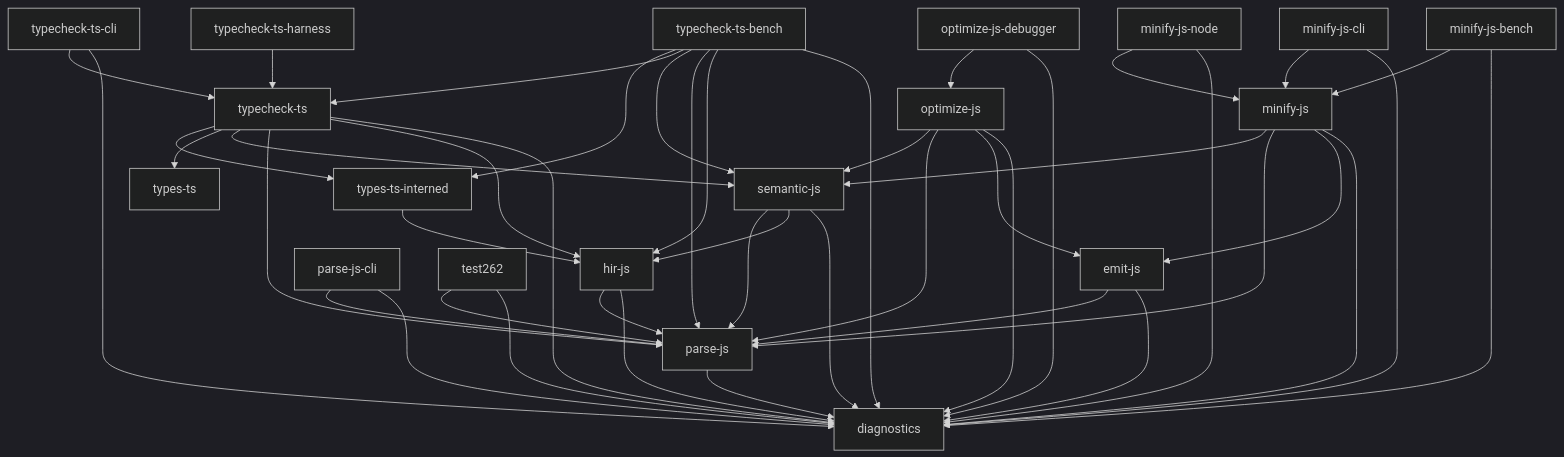
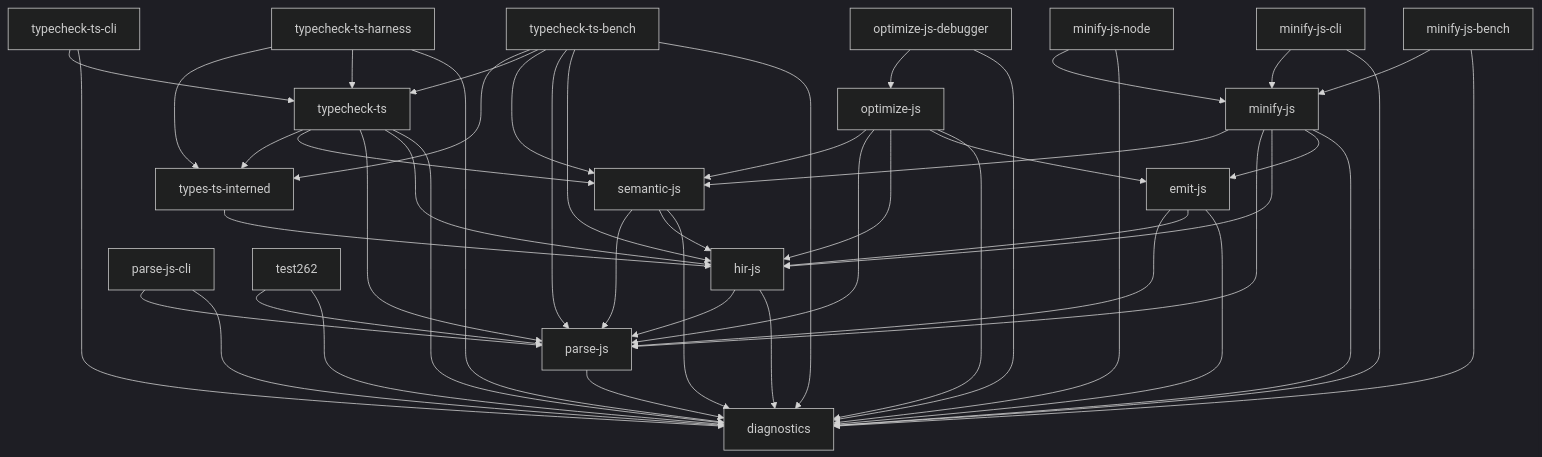
The diagram in docs/deps.md (wilsonzlin/ecma-rs), drawn with Mermaid (dark theme) before and after one commit. The commit also changed 26 other files, not shown here.

First line of the commit message:
ci: enforce fmt/clippy/check and deps graph freshness

````diff
--- a/docs/deps.md
+++ b/docs/deps.md
@@ -7,66 +7,69 @@
 ```mermaid
 graph TD
     diagnostics["diagnostics"]
     emit_js["emit-js"]
     hir_js["hir-js"]
     minify_js["minify-js"]
     minify_js_bench["minify-js-bench"]
     minify_js_cli["minify-js-cli"]
     minify_js_node["minify-js-node"]
     optimize_js["optimize-js"]
     optimize_js_debugger["optimize-js-debugger"]
     parse_js["parse-js"]
     parse_js_cli["parse-js-cli"]
     semantic_js["semantic-js"]
     test262["test262"]
     typecheck_ts["typecheck-ts"]
     typecheck_ts_bench["typecheck-ts-bench"]
     typecheck_ts_cli["typecheck-ts-cli"]
     typecheck_ts_harness["typecheck-ts-harness"]
-    types_ts["types-ts"]
     types_ts_interned["types-ts-interned"]
     emit_js --> diagnostics
+    emit_js --> hir_js
     emit_js --> parse_js
     hir_js --> diagnostics
     hir_js --> parse_js
     minify_js --> diagnostics
     minify_js --> emit_js
+    minify_js --> hir_js
     minify_js --> parse_js
     minify_js --> semantic_js
     minify_js_bench --> diagnostics
     minify_js_bench --> minify_js
     minify_js_cli --> diagnostics
     minify_js_cli --> minify_js
     minify_js_node --> diagnostics
     minify_js_node --> minify_js
     optimize_js --> diagnostics
     optimize_js --> emit_js
+    optimize_js --> hir_js
     optimize_js --> parse_js
     optimize_js --> semantic_js
     optimize_js_debugger --> diagnostics
     optimize_js_debugger --> optimize_js
     parse_js --> diagnostics
     parse_js_cli --> diagnostics
     parse_js_cli --> parse_js
     semantic_js --> diagnostics
     semantic_js --> hir_js
     semantic_js --> parse_js
     test262 --> diagnostics
     test262 --> parse_js
     typecheck_ts --> diagnostics
     typecheck_ts --> hir_js
     typecheck_ts --> parse_js
     typecheck_ts --> semantic_js
-    typecheck_ts --> types_ts
     typecheck_ts --> types_ts_interned
     typecheck_ts_bench --> diagnostics
     typecheck_ts_bench --> hir_js
     typecheck_ts_bench --> parse_js
     typecheck_ts_bench --> semantic_js
     typecheck_ts_bench --> typecheck_ts
     typecheck_ts_bench --> types_ts_interned
     typecheck_ts_cli --> diagnostics
     typecheck_ts_cli --> typecheck_ts
+    typecheck_ts_harness --> diagnostics
     typecheck_ts_harness --> typecheck_ts
+    typecheck_ts_harness --> types_ts_interned
     types_ts_interned --> hir_js
 ```
````
